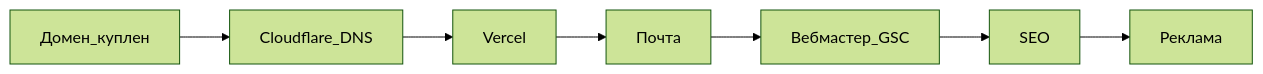
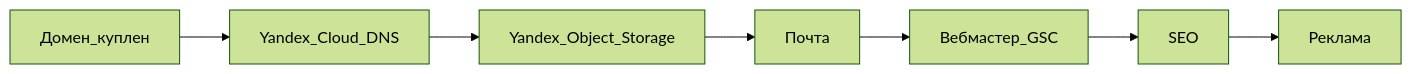
Before and after one commit to OSA-yp/pixlocal: the diagram in research/08-launch-playbook.md, drawn with Mermaid (forest theme). The commit also changed other lines of this file and 4 other files, not shown here.

````diff
--- a/research/08-launch-playbook.md
+++ b/research/08-launch-playbook.md
@@ -7,11 +7,11 @@
 ```mermaid
 flowchart LR
   buy[Домен_куплен]
-  dns[Cloudflare_DNS]
-  deploy[Vercel]
+  dns[Yandex_Cloud_DNS]
+  deploy[Yandex_Object_Storage]
   mail[Почта]
   search[Вебмастер_GSC]
   grow[SEO]
   ads[Реклама]
   buy --> dns --> deploy --> mail --> search --> grow --> ads
 ```
````
